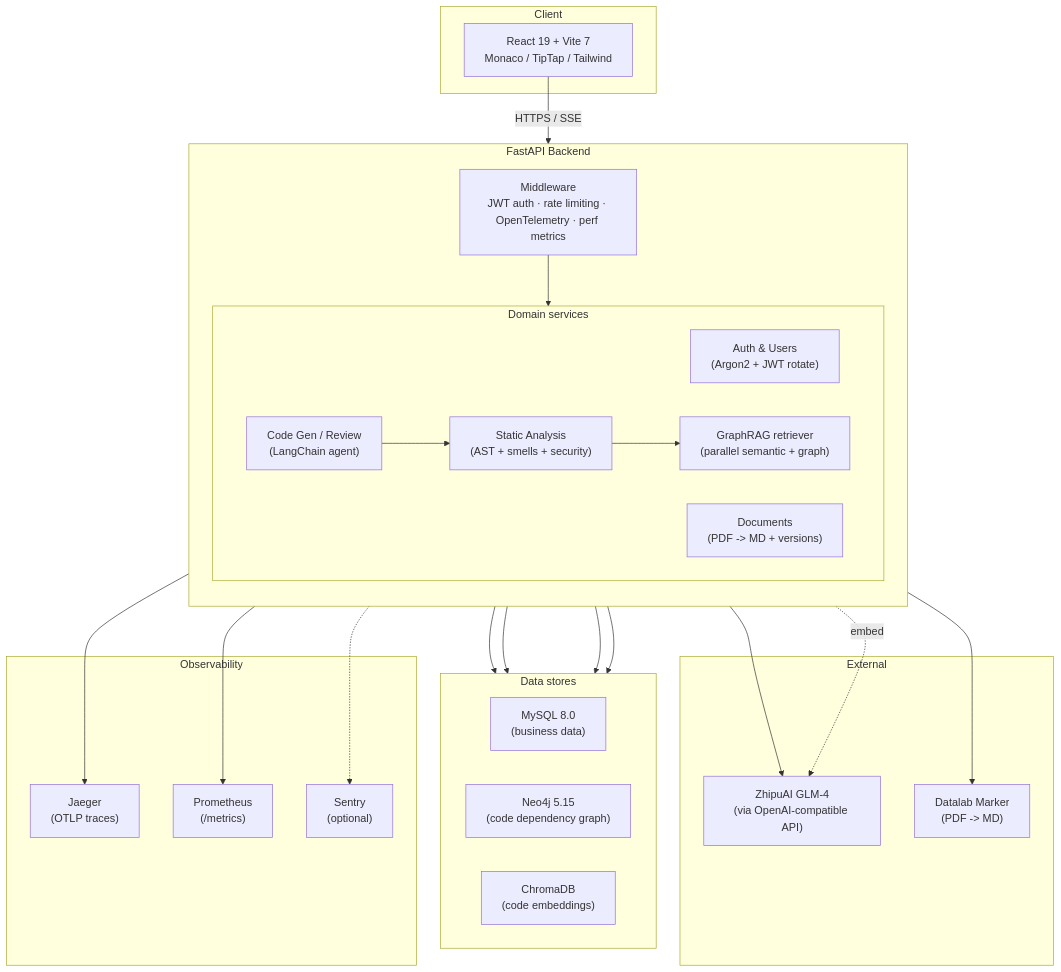
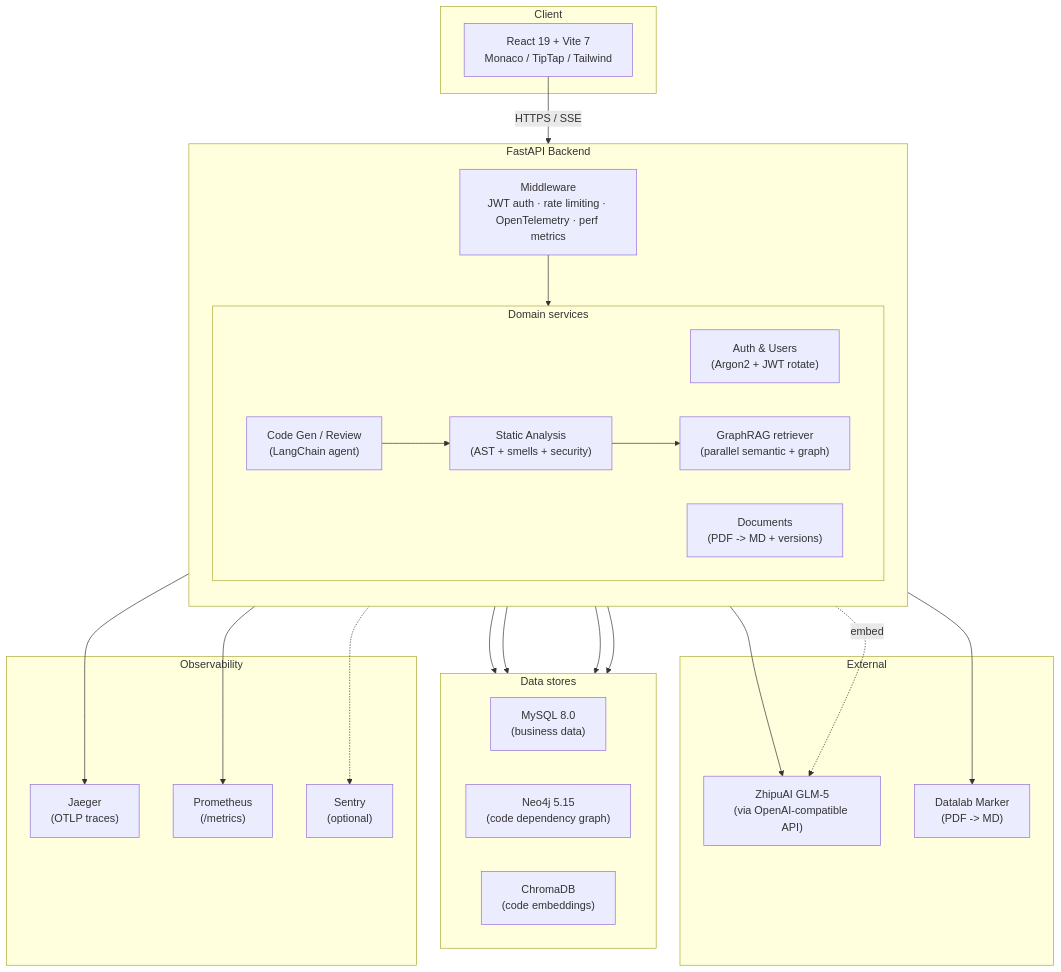
One commit to WeiGuang-2099/Smart_Code_Assistant changed the diagram in README.md. Above: the diagram before and after it, drawn with Mermaid. The commit also changed other lines of this file, not shown here.

First line of the commit message:
docs(readme): GLM-5.2/5.1 generation baseline + verified context-gap root cause

````diff
--- a/README.md
+++ b/README.md
@@ -66,54 +66,54 @@
 ```mermaid
 flowchart TB
     subgraph Client["Client"]
         UI["React 19 + Vite 7<br/>Monaco / TipTap / Tailwind"]
     end
 
     subgraph API["FastAPI Backend"]
         direction TB
         MW["Middleware<br/>JWT auth · rate limiting · OpenTelemetry · perf metrics"]
         subgraph Services["Domain services"]
             direction LR
             Auth["Auth & Users<br/>(Argon2 + JWT rotate)"]
             CodeGen["Code Gen / Review<br/>(LangChain agent)"]
             Analyze["Static Analysis<br/>(AST + smells + security)"]
             Docs["Documents<br/>(PDF -> MD + versions)"]
             Graph["GraphRAG retriever<br/>(parallel semantic + graph)"]
         end
     end
 
     subgraph Stores["Data stores"]
         direction LR
         MySQL["MySQL 8.0<br/>(business data)"]
         Neo4j["Neo4j 5.15<br/>(code dependency graph)"]
         Chroma["ChromaDB<br/>(code embeddings)"]
     end
 
     subgraph External["External"]
-        GLM["ZhipuAI GLM-4<br/>(via OpenAI-compatible API)"]
+        GLM["ZhipuAI GLM-5<br/>(via OpenAI-compatible API)"]
         Datalab["Datalab Marker<br/>(PDF -> MD)"]
     end
 
     subgraph Obs["Observability"]
         Jaeger["Jaeger<br/>(OTLP traces)"]
         Prom["Prometheus<br/>(/metrics)"]
         Sentry["Sentry<br/>(optional)"]
     end
 
     UI -- "HTTPS / SSE" --> MW
     MW --> Services
 
     Auth --> MySQL
     CodeGen --> GLM
     CodeGen --> Analyze
     Docs --> MySQL
     Docs --> Datalab
     Analyze --> Graph
     Graph --> Neo4j
     Graph --> Chroma
     Graph -. "embed" .-> GLM
 
     API --> Jaeger
     API --> Prom
     API -.-> Sentry
 ```
````
